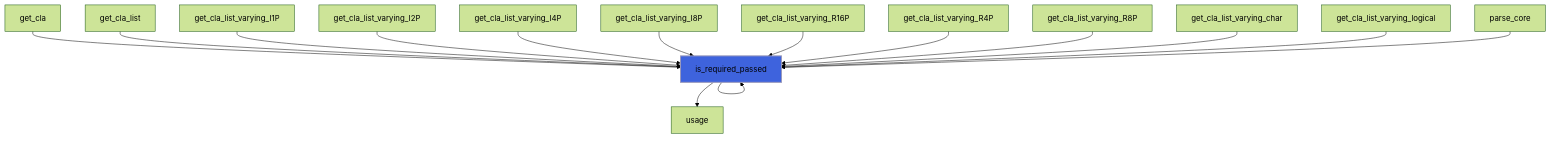
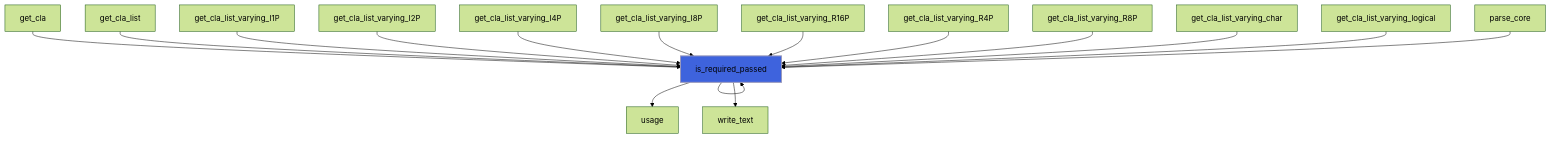
The sixth of 28 diagrams in docs/api/src/lib/flap_command_line_arguments_group_t.md (szaghi/FLAP), drawn with Mermaid (forest theme) before and after one commit. The commit also changed other lines of this file and 7 other files, not shown here.

````diff
--- a/docs/api/src/lib/flap_command_line_arguments_group_t.md
+++ b/docs/api/src/lib/flap_command_line_arguments_group_t.md
@@ -269,19 +269,20 @@
 ```mermaid
 flowchart TD
   get_cla["get_cla"] --> is_required_passed["is_required_passed"]
   get_cla_list["get_cla_list"] --> is_required_passed["is_required_passed"]
   get_cla_list_varying_I1P["get_cla_list_varying_I1P"] --> is_required_passed["is_required_passed"]
   get_cla_list_varying_I2P["get_cla_list_varying_I2P"] --> is_required_passed["is_required_passed"]
   get_cla_list_varying_I4P["get_cla_list_varying_I4P"] --> is_required_passed["is_required_passed"]
   get_cla_list_varying_I8P["get_cla_list_varying_I8P"] --> is_required_passed["is_required_passed"]
   get_cla_list_varying_R16P["get_cla_list_varying_R16P"] --> is_required_passed["is_required_passed"]
   get_cla_list_varying_R4P["get_cla_list_varying_R4P"] --> is_required_passed["is_required_passed"]
   get_cla_list_varying_R8P["get_cla_list_varying_R8P"] --> is_required_passed["is_required_passed"]
   get_cla_list_varying_char["get_cla_list_varying_char"] --> is_required_passed["is_required_passed"]
   get_cla_list_varying_logical["get_cla_list_varying_logical"] --> is_required_passed["is_required_passed"]
   is_required_passed["is_required_passed"] --> is_required_passed["is_required_passed"]
   parse_core["parse_core"] --> is_required_passed["is_required_passed"]
   is_required_passed["is_required_passed"] --> is_required_passed["is_required_passed"]
   is_required_passed["is_required_passed"] --> usage["usage"]
+  is_required_passed["is_required_passed"] --> write_text["write_text"]
   style is_required_passed fill:#3e63dd,stroke:#99b,stroke-width:2px
 ```
````
